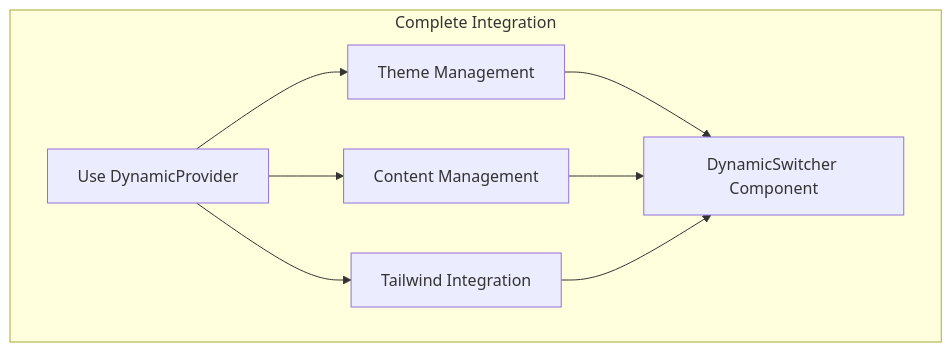
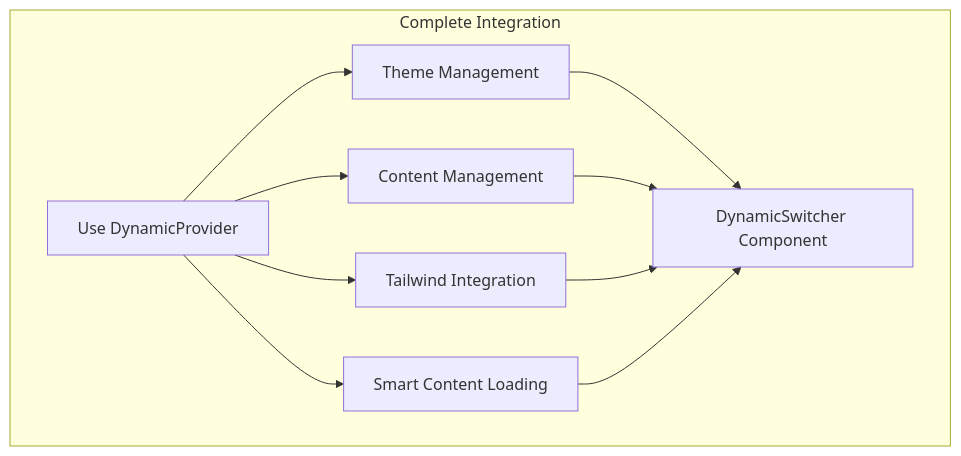
One commit to AahrbitX/Arc-it changed diagram 15 of 21 in ARCHITECTURE.md. Above: the diagram before and after it, drawn with Mermaid. The commit also changed other lines of this file and 7 other files, not shown here.

Commit message:
Update all documentation for Arc-it 1.1.0 with Smart Content Loading features

````diff
--- a/ARCHITECTURE.md
+++ b/ARCHITECTURE.md
@@ -410,17 +504,20 @@
 ```mermaid
 graph TD
     subgraph "Complete Integration"
         DYNAMIC[Use DynamicProvider]
         THEME[Theme Management]
         CONTENT[Content Management]
         TAILWIND[Tailwind Integration]
+        SMART[Smart Content Loading]
         SWITCHER[DynamicSwitcher Component]
     end
     
     DYNAMIC --> THEME
     DYNAMIC --> CONTENT
     DYNAMIC --> TAILWIND
+    DYNAMIC --> SMART
     THEME --> SWITCHER
     CONTENT --> SWITCHER
     TAILWIND --> SWITCHER
+    SMART --> SWITCHER
 ```
````
